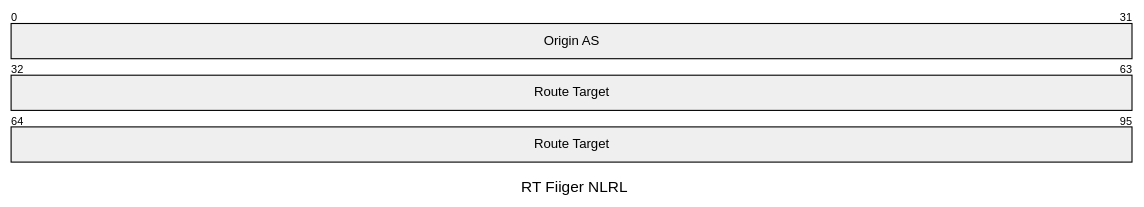
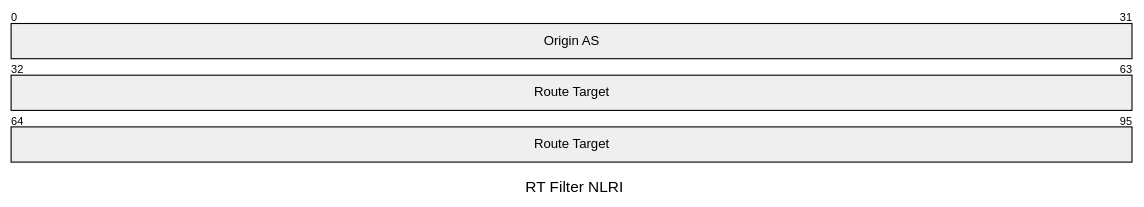
Before and after one commit to Wavepoet/hikari_Notes_Datacom: the diagram in 理论/VPN技术/MPLS/RT.md, drawn with Mermaid. The commit also changed other lines of this file and 44 other files, not shown here.

````diff
--- a/理论/VPN技术/MPLS/RT.md
+++ b/理论/VPN技术/MPLS/RT.md
@@ -57,6 +58,6 @@
 ```mermaid
 packet-beta 
-title RT Fiiger NLRL
+title RT Filter NLRI
 0-31 : "Origin AS"
 32-95 :  "Route Target"
 ```
````
